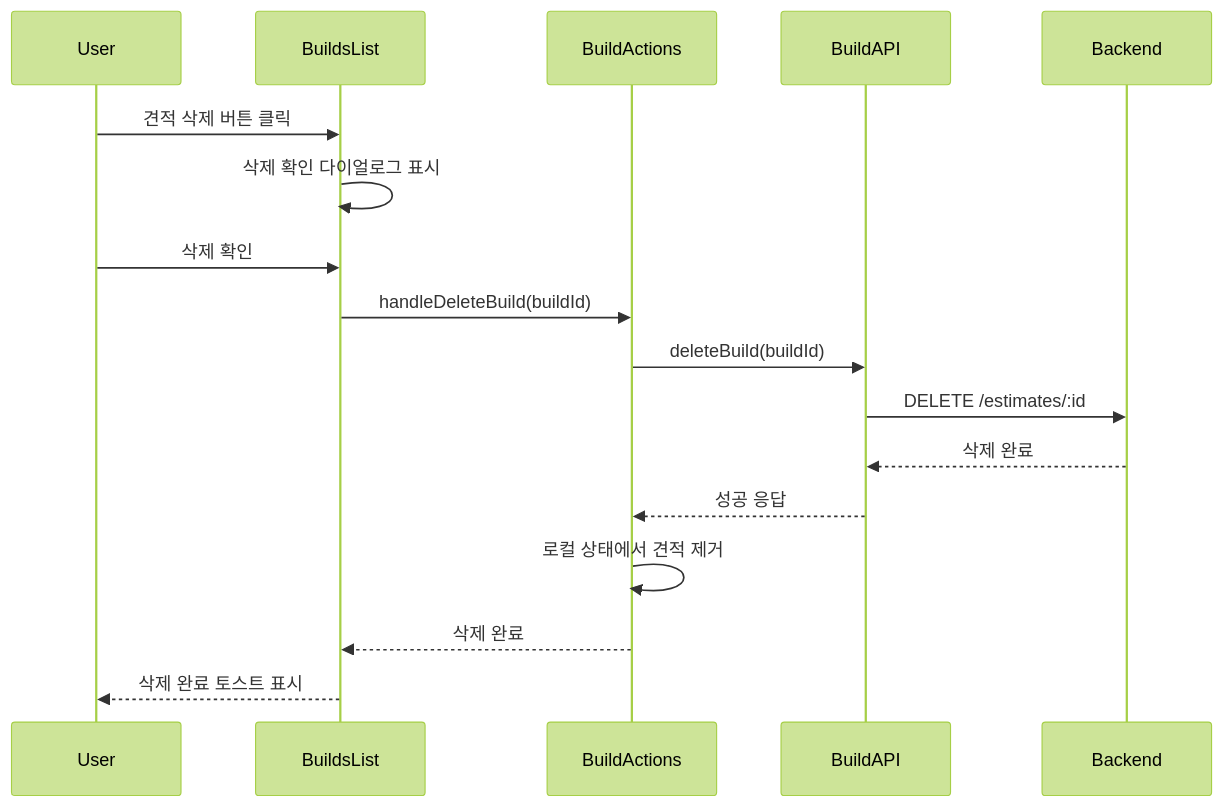
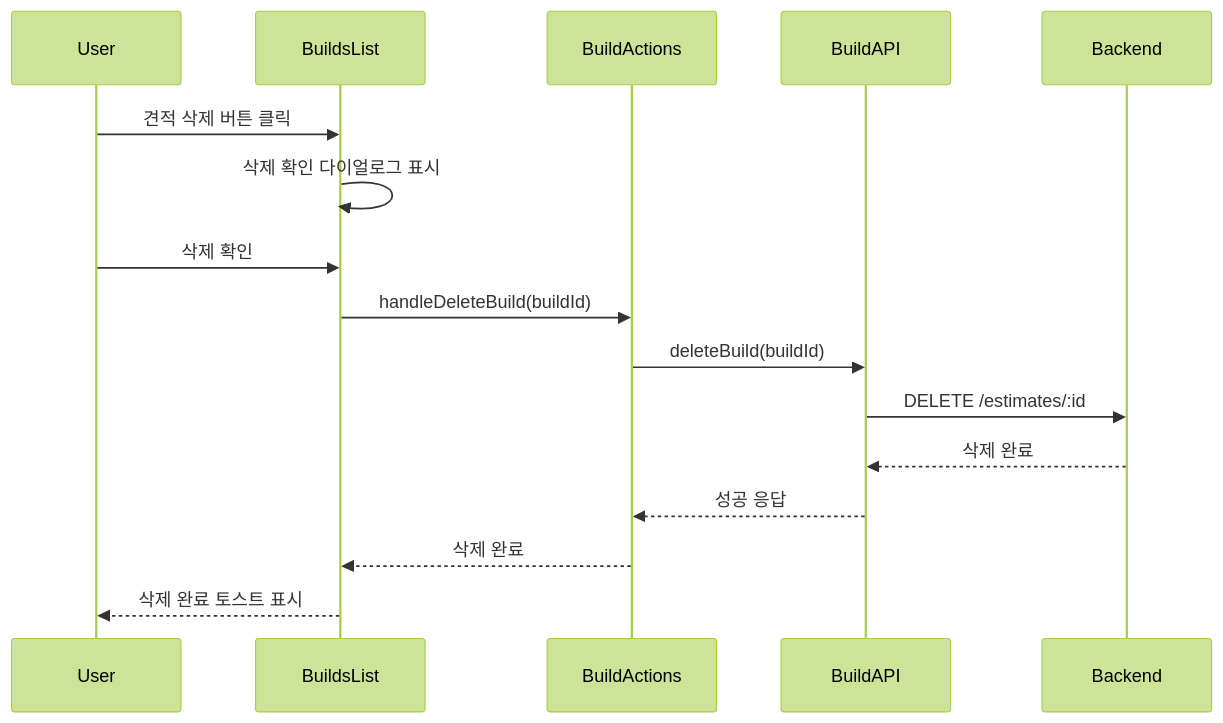
One commit to p0pular131/askspec-chat-assistant changed diagram 12 of 20 in docs/design-specification.md. Above: the diagram before and after it, drawn with Mermaid (forest theme). The commit also changed other lines of this file, not shown here.

````diff
--- a/docs/design-specification.md
+++ b/docs/design-specification.md
@@ -602,15 +602,14 @@
 ```mermaid
 sequenceDiagram
     User->>BuildsList: 견적 삭제 버튼 클릭
     BuildsList->>BuildsList: 삭제 확인 다이얼로그 표시
     User->>BuildsList: 삭제 확인
     
     BuildsList->>BuildActions: handleDeleteBuild(buildId)
     BuildActions->>BuildAPI: deleteBuild(buildId)
     BuildAPI->>Backend: DELETE /estimates/:id
     Backend-->>BuildAPI: 삭제 완료
     BuildAPI-->>BuildActions: 성공 응답
-    BuildActions->>BuildActions: 로컬 상태에서 견적 제거
     BuildActions-->>BuildsList: 삭제 완료
     BuildsList-->>User: 삭제 완료 토스트 표시
 ```
````
